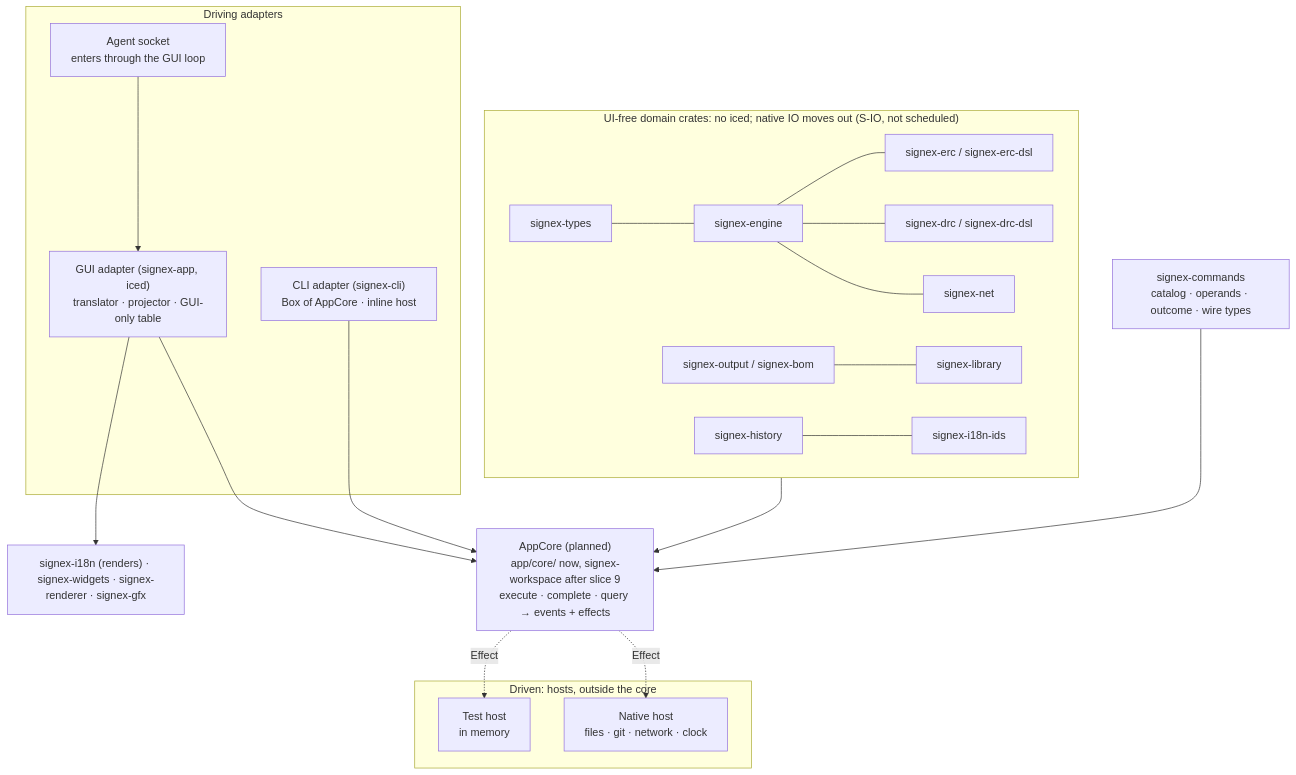
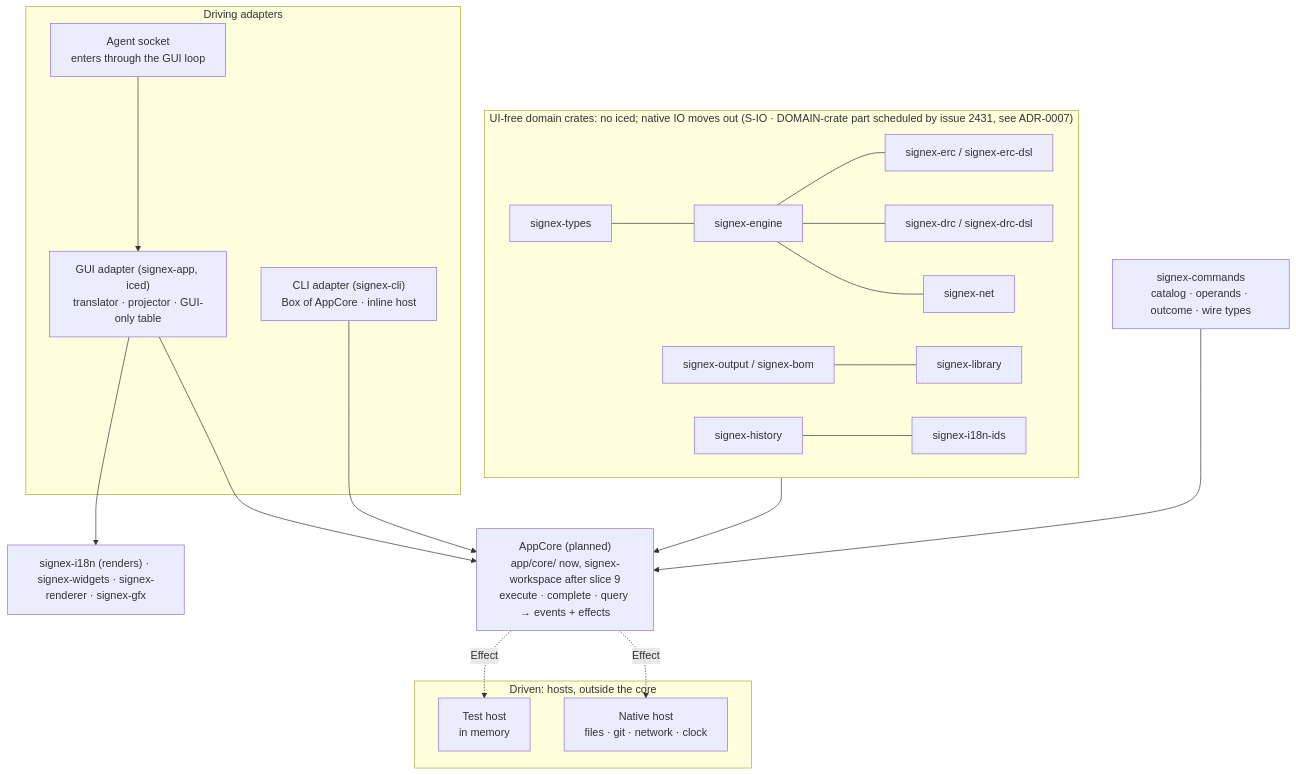
Before and after one commit to alplabai/signex: the second of 5 diagrams in docs/architecture/adr-0006-application-core.md, drawn with Mermaid. The commit also changed other lines of this file and 1 other file, not shown here.

First line of the commit message:
docs(architecture): ADR-0007, the cloud platform boundary (proposed)

````diff
--- a/docs/architecture/adr-0006-application-core.md
+++ b/docs/architecture/adr-0006-application-core.md
@@ -88,30 +88,30 @@
 ```mermaid
 flowchart TB
-  subgraph domain["UI-free domain crates: no iced; native IO moves out (S-IO, not scheduled)"]
+  subgraph domain["UI-free domain crates: no iced; native IO moves out (S-IO · DOMAIN-crate part scheduled by issue 2431, see ADR-0007)"]
     types["signex-types"] --- engine["signex-engine"]
     engine --- erc["signex-erc / signex-erc-dsl"]
     engine --- drc["signex-drc / signex-drc-dsl"]
     engine --- net["signex-net"]
     output["signex-output / signex-bom"] --- library["signex-library"]
     history["signex-history"] --- ids["signex-i18n-ids"]
   end
   commands["signex-commands<br/>catalog · operands · outcome · wire types"]
   core["AppCore (planned)<br/>app/core/ now, signex-workspace after slice 9<br/>execute · complete · query → events + effects"]
   domain --> core
   commands --> core
   subgraph hosts["Driven: hosts, outside the core"]
     native["Native host<br/>files · git · network · clock"]
     testhost["Test host<br/>in memory"]
   end
   core -.->|"Effect"| native
   core -.->|"Effect"| testhost
   subgraph adapters["Driving adapters"]
     gui["GUI adapter (signex-app, iced)<br/>translator · projector · GUI-only table"]
     cli["CLI adapter (signex-cli)<br/>Box of AppCore · inline host"]
     sock["Agent socket<br/>enters through the GUI loop"]
   end
   gui --> core
   cli --> core
   sock --> gui
   gui --> ui["signex-i18n (renders) · signex-widgets · signex-renderer · signex-gfx"]
 ```
````
